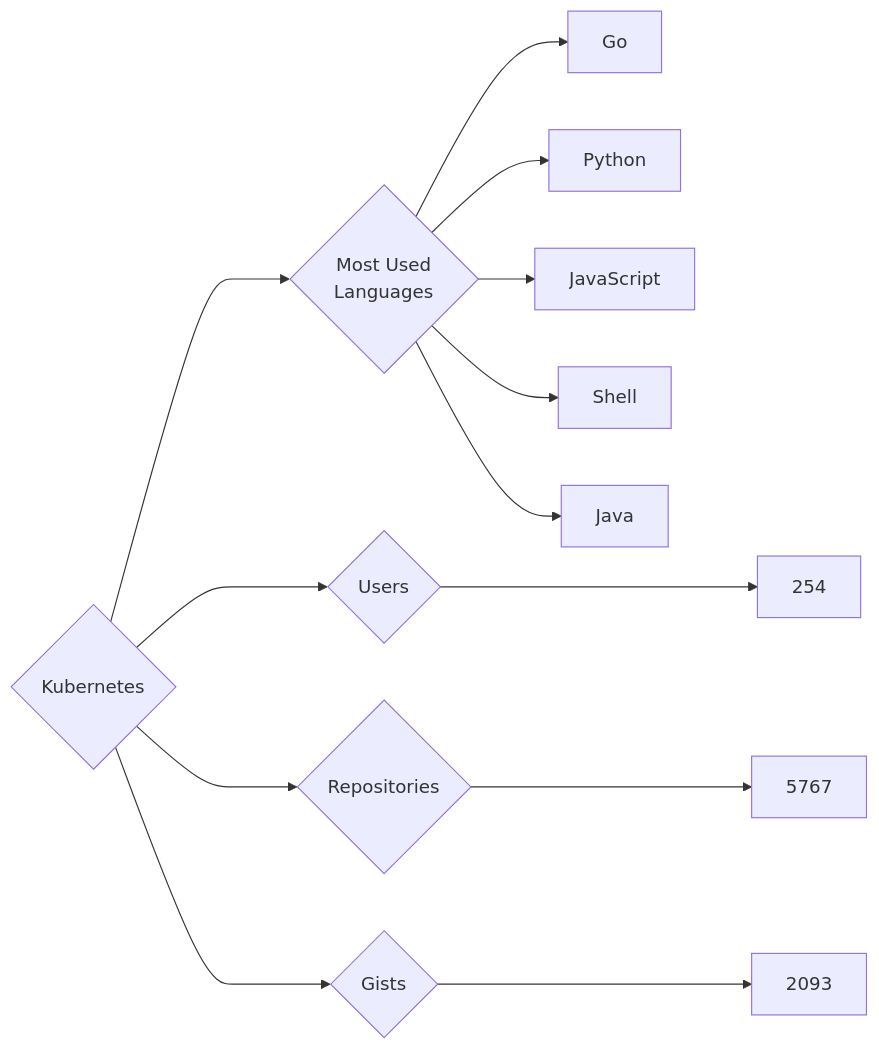
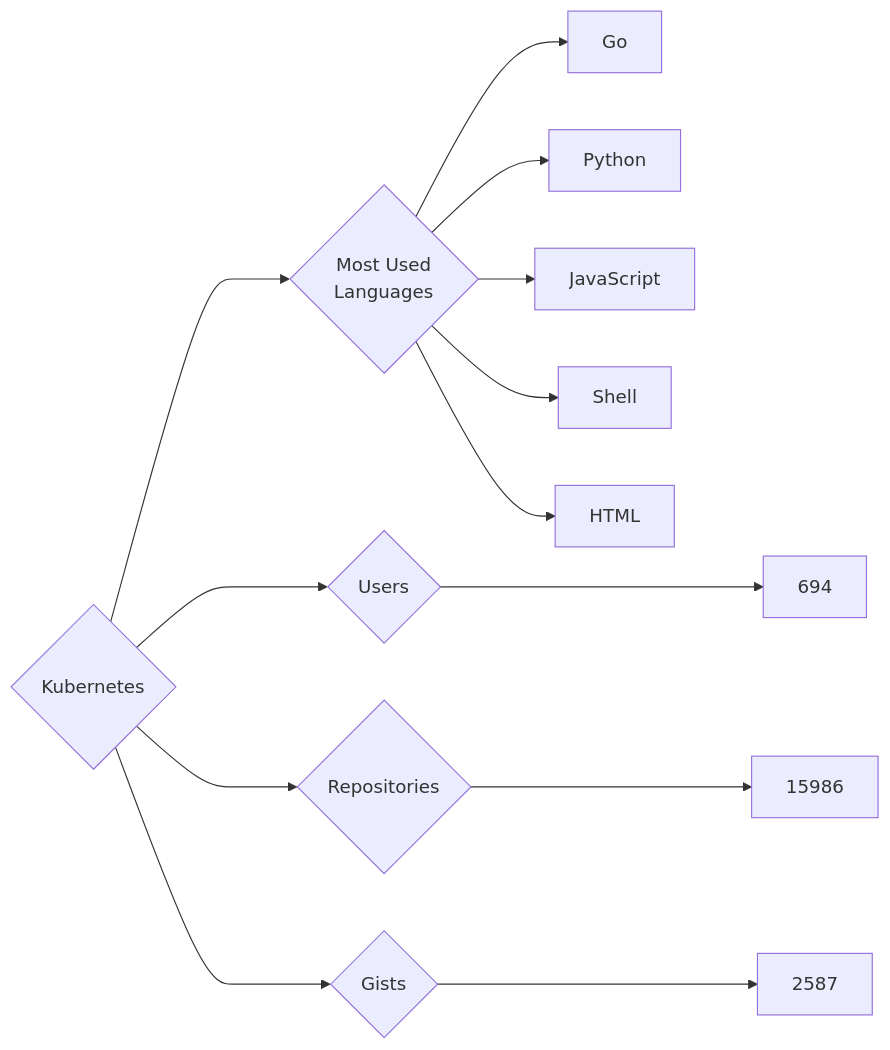
Before and after one commit to trickest/insiders: the diagram in targets/Kubernetes/README.md, drawn with Mermaid. The commit also changed 693 other files, not shown here.

````diff
--- a/targets/Kubernetes/README.md
+++ b/targets/Kubernetes/README.md
@@ -3,13 +3,13 @@
 ```mermaid
 graph LR
 COMPANY_NAME{Kubernetes}
-COMPANY_NAME ---> U{Users} ---> UN[254]
-COMPANY_NAME ---> R{Repositories} ---> RN[5767]
-COMPANY_NAME ---> G{Gists} ---> GN[2093]
+COMPANY_NAME ---> U{Users} ---> UN[694]
+COMPANY_NAME ---> R{Repositories} ---> RN[15986]
+COMPANY_NAME ---> G{Gists} ---> GN[2587]
 COMPANY_NAME ---> ML{Most Used<br>Languages}
 ML --> Go[Go]
 ML --> Python[Python]
 ML --> JavaScript[JavaScript]
 ML --> Shell[Shell]
-ML --> Java[Java]
+ML --> HTML[HTML]
 ```
````
